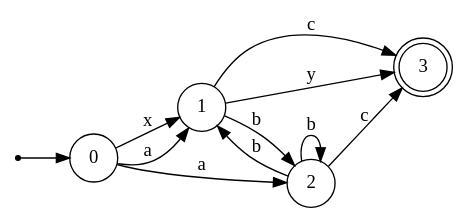
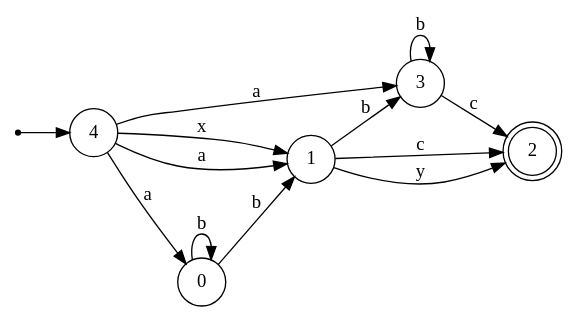
One commit to LeonardoDeFaveri/NFA-minimization changed the diagram in minimized/right_left.gv. Above: the diagram before and after it, drawn with Graphviz. The commit also changed 14 other files, not shown here.

```diff
--- a/minimized/right_left.gv
+++ b/minimized/right_left.gv
@@ -1,19 +1,22 @@
 digraph {
 	rankdir = LR;
 	size = "30,20";
 	node [shape = point]; "dummy0"
-	node [shape = circle]; "0"
-	"dummy0" -> "0";
-	node [shape = doublecircle]; "3";
+	node [shape = circle]; "4"
+	"dummy0" -> "4";
+	node [shape = circle]; "0";
+	node [shape = doublecircle]; "2";
+	node [shape = circle]; "3";
 	node [shape = circle]; "1";
-	node [shape = circle]; "2";
-	"2" -> "3" [label = "c"];
-	"2" -> "2" [label = "b"];
-	"2" -> "1" [label = "b"];
-	"0" -> "1" [label = "x"];
-	"0" -> "2" [label = "a"];
-	"0" -> "1" [label = "a"];
-	"1" -> "3" [label = "c"];
-	"1" -> "2" [label = "b"];
-	"1" -> "3" [label = "y"];
+	"3" -> "2" [label = "c"];
+	"3" -> "3" [label = "b"];
+	"1" -> "2" [label = "c"];
+	"1" -> "2" [label = "y"];
+	"1" -> "3" [label = "b"];
+	"0" -> "1" [label = "b"];
+	"0" -> "0" [label = "b"];
+	"4" -> "1" [label = "x"];
+	"4" -> "0" [label = "a"];
+	"4" -> "1" [label = "a"];
+	"4" -> "3" [label = "a"];
 }
```
